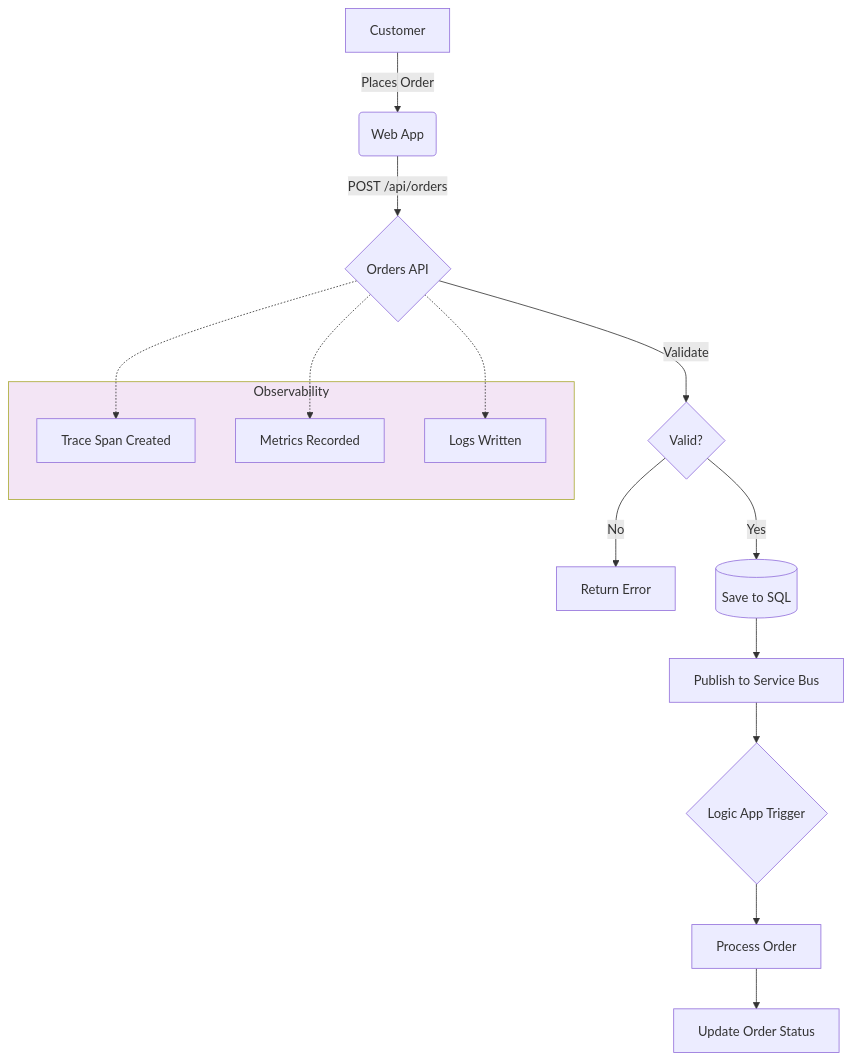
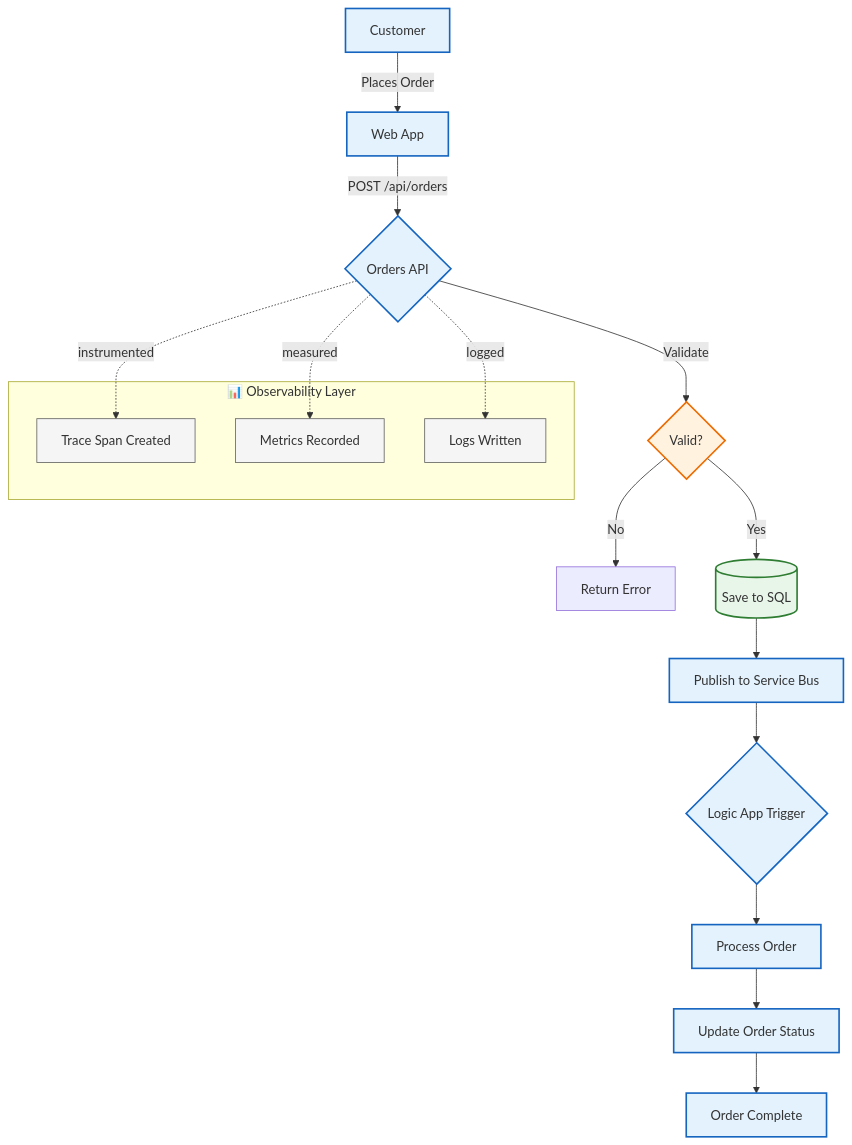
One commit to Evilazaro/Azure-LogicApps-Monitoring changed the third of 3 diagrams in docs/architecture/01-business-architecture.md. Above: the diagram before and after it, drawn with Mermaid. The commit also changed other lines of this file, not shown here.

Commit message:
Enhance business architecture documentation with improved flowchart representations and detailed observability value stream, including clearer definitions and classifications for customer journey, order processing, and fulfillment processes.

````diff
--- a/docs/architecture/01-business-architecture.md
+++ b/docs/architecture/01-business-architecture.md
@@ -164,24 +170,33 @@
 ```mermaid
 flowchart TD
-    A[Customer] -->|Places Order| B(Web App)
-    B -->|POST /api/orders| C{Orders API}
-    C -->|Validate| D{Valid?}
-    D -->|No| E[Return Error]
-    D -->|Yes| F[(Save to SQL)]
-    F --> G[Publish to Service Bus]
-    G --> H{Logic App Trigger}
-    H --> I[Process Order]
-    I --> J[Update Order Status]
+    A["Customer"] -->|"Places Order"| B["Web App"]
+    B -->|"POST /api/orders"| C{"Orders API"}
+    C -->|"Validate"| D{"Valid?"}
+    D -->|"No"| E["Return Error"]
+    D -->|"Yes"| F[("Save to SQL")]
+    F --> G["Publish to Service Bus"]
+    G --> H{"Logic App Trigger"}
+    H --> I["Process Order"]
+    I --> J["Update Order Status"]
+    J --> K["Order Complete"]
     
-    subgraph Observability
-        K[Trace Span Created]
-        L[Metrics Recorded]
-        M[Logs Written]
+    subgraph Observability["📊 Observability Layer"]
+        L["Trace Span Created"]
+        M["Metrics Recorded"]
+        N["Logs Written"]
     end
     
-    C -.-> K
-    C -.-> L
-    C -.-> M
-    
-    style Observability fill:#f3e5f5
+    C -.->|"instrumented"| L
+    C -.->|"measured"| M
+    C -.->|"logged"| N
+
+    classDef primary fill:#e3f2fd,stroke:#1565c0,stroke-width:2px
+    classDef decision fill:#fff3e0,stroke:#ef6c00,stroke-width:2px
+    classDef storage fill:#e8f5e9,stroke:#2e7d32,stroke-width:2px
+    classDef observe fill:#f5f5f5,stroke:#616161,stroke-width:1px
+
+    class A,B,C,G,H,I,J,K primary
+    class D decision
+    class F storage
+    class L,M,N observe
 ```
````
